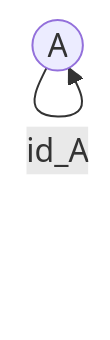
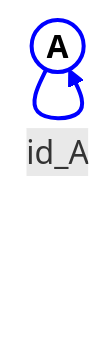
The first of 2 diagrams in posts/category-theory-functional-programming/index.qmd (antomon/antomon.github.io), drawn with Mermaid before and after one commit. The commit also changed 6 other files, not shown here.

````diff
--- a/posts/category-theory-functional-programming/index.qmd
+++ b/posts/category-theory-functional-programming/index.qmd
@@ -340,7 +340,10 @@
 ```{mermaid}
 %%| fig-cap: "`identity` function"
 %%| fig-align: center
 
 graph TD
-    A((A)) -->|id_A| A
+  classDef default fill:#ffffff,stroke:#0000ff,stroke-width:2px,color:#000000,font-weight:bold
+  linkStyle default stroke:#0000ff,stroke-width:2px
+
+  A((A)) -->|id_A| A
 ```
````
